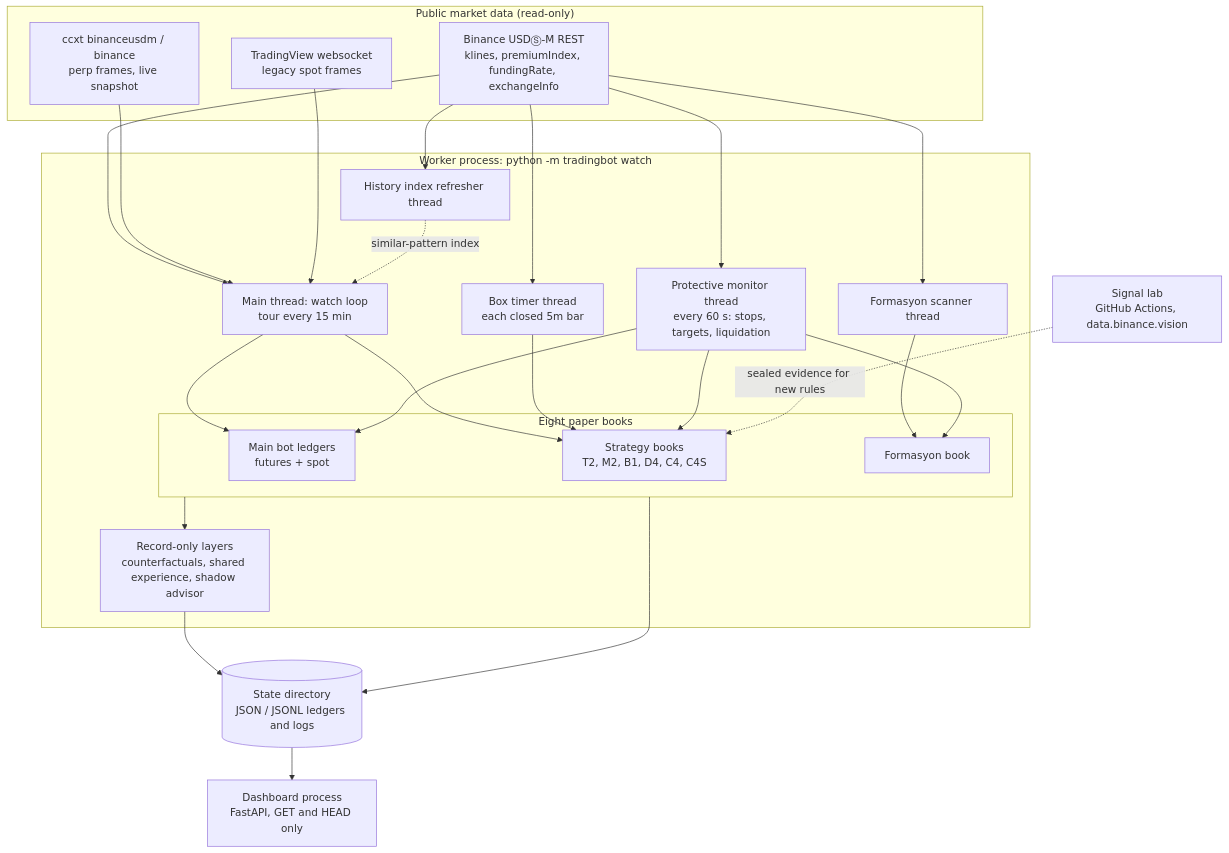
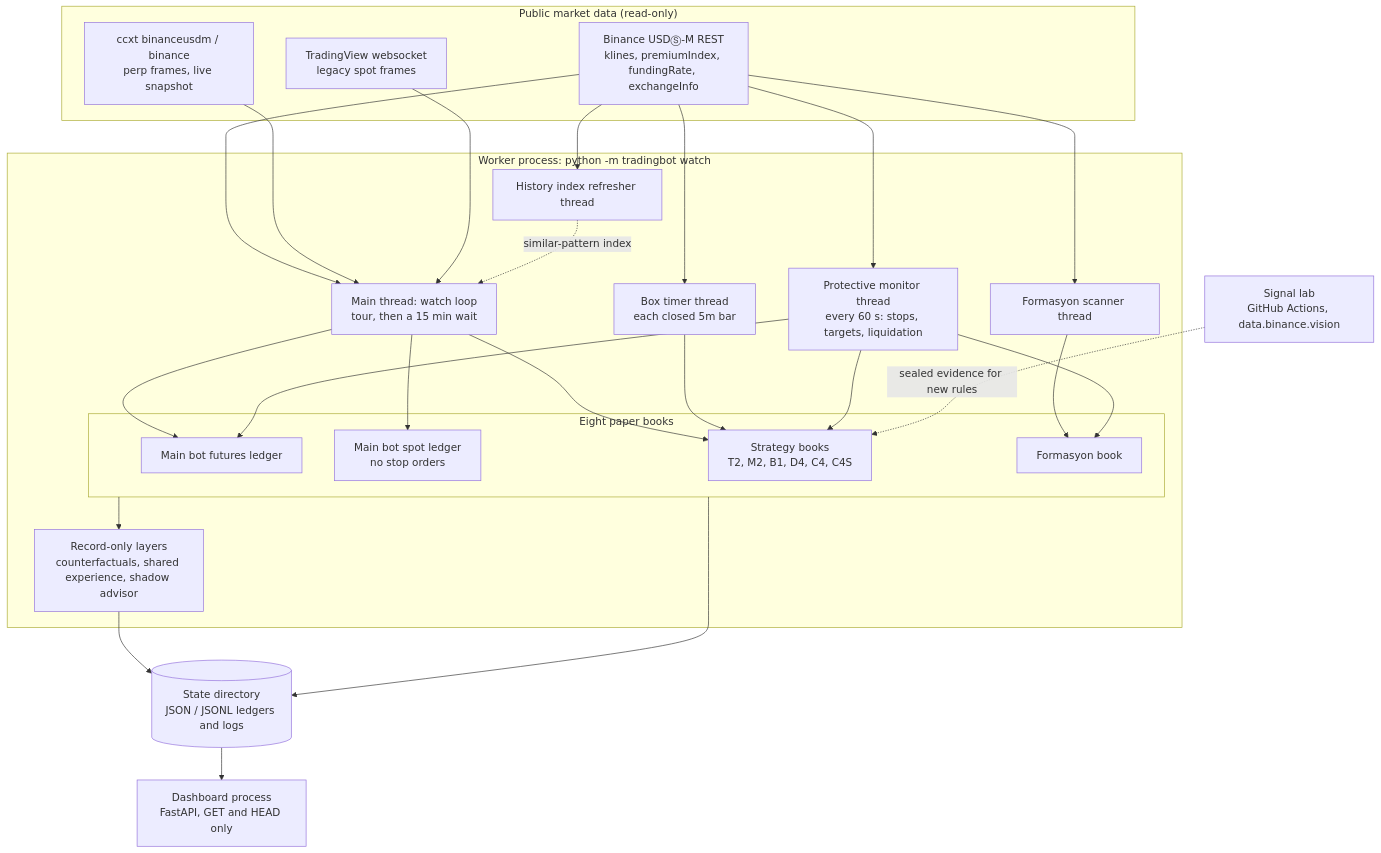
Before and after one commit to CoskunerBerke/trading2: the first of 7 diagrams in docs/HOW_IT_WORKS.md, drawn with Mermaid. The commit also changed other lines of this file, not shown here.

First line of the commit message:
docs: document the running learning-mode rules and spot gaps

````diff
--- a/docs/HOW_IT_WORKS.md
+++ b/docs/HOW_IT_WORKS.md
@@ -68,45 +84,47 @@
 ```mermaid
 flowchart TB
     subgraph EXT["Public market data (read-only)"]
         FAPI["Binance USDⓈ-M REST<br/>klines, premiumIndex, fundingRate, exchangeInfo"]
         CCXT["ccxt binanceusdm / binance<br/>perp frames, live snapshot"]
         TVW["TradingView websocket<br/>legacy spot frames"]
     end
     subgraph WORKER["Worker process: python -m tradingbot watch"]
-        LOOP["Main thread: watch loop<br/>tour every 15 min"]
+        LOOP["Main thread: watch loop<br/>tour, then a 15 min wait"]
         PM["Protective monitor thread<br/>every 60 s: stops, targets, liquidation"]
         BOX["Box timer thread<br/>each closed 5m bar"]
         SCAN["Formasyon scanner thread"]
         IDX["History index refresher thread"]
         subgraph BOOKS["Eight paper books"]
-            MAIN["Main bot ledgers<br/>futures + spot"]
+            MAIN["Main bot futures ledger"]
+            MSPOT["Main bot spot ledger<br/>no stop orders"]
             SB["Strategy books<br/>T2, M2, B1, D4, C4, C4S"]
             PT["Formasyon book"]
         end
         REC["Record-only layers<br/>counterfactuals, shared experience, shadow advisor"]
     end
     STATE[("State directory<br/>JSON / JSONL ledgers and logs")]
     DASH["Dashboard process<br/>FastAPI, GET and HEAD only"]
     LAB["Signal lab<br/>GitHub Actions, data.binance.vision"]
 
     FAPI --> LOOP
     CCXT --> LOOP
     TVW --> LOOP
     FAPI --> PM
     FAPI --> BOX
     FAPI --> SCAN
     FAPI --> IDX
     IDX -. "similar-pattern index" .-> LOOP
     LOOP --> MAIN
+    LOOP --> MSPOT
     LOOP --> SB
     BOX --> SB
     SCAN --> PT
     PM --> MAIN
     PM --> SB
     PM --> PT
     BOOKS --> REC
     BOOKS --> STATE
     REC --> STATE
     STATE --> DASH
     LAB -. "sealed evidence for new rules" .-> SB
 ```
````
